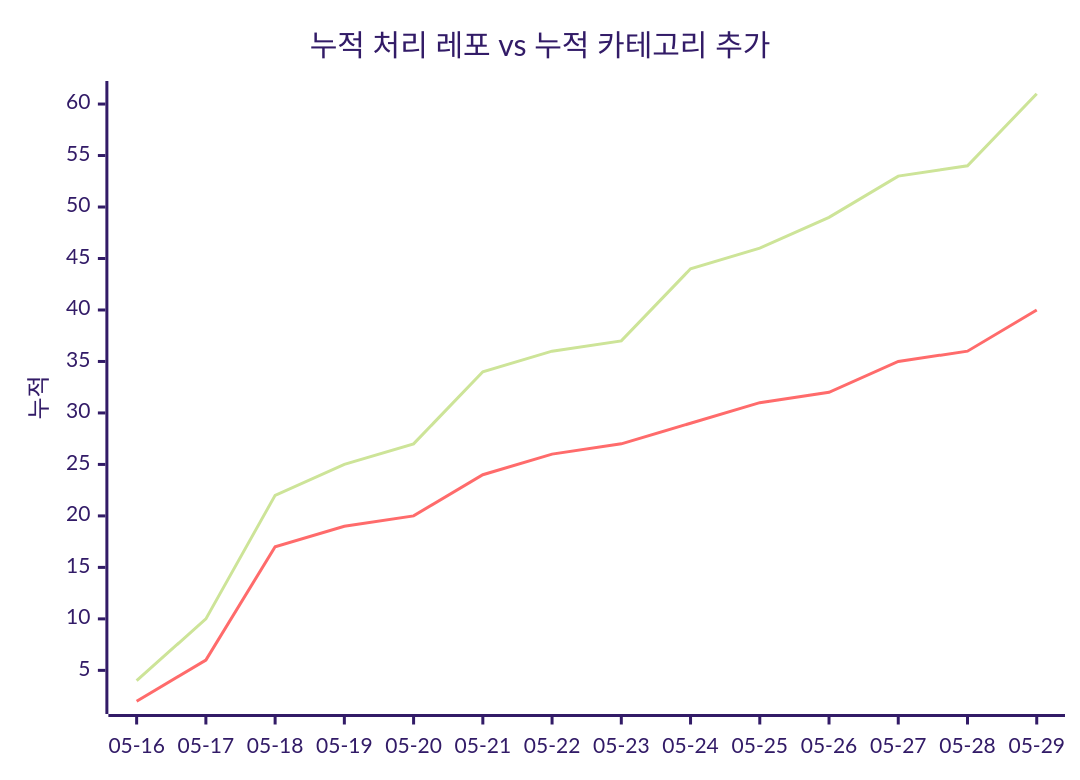
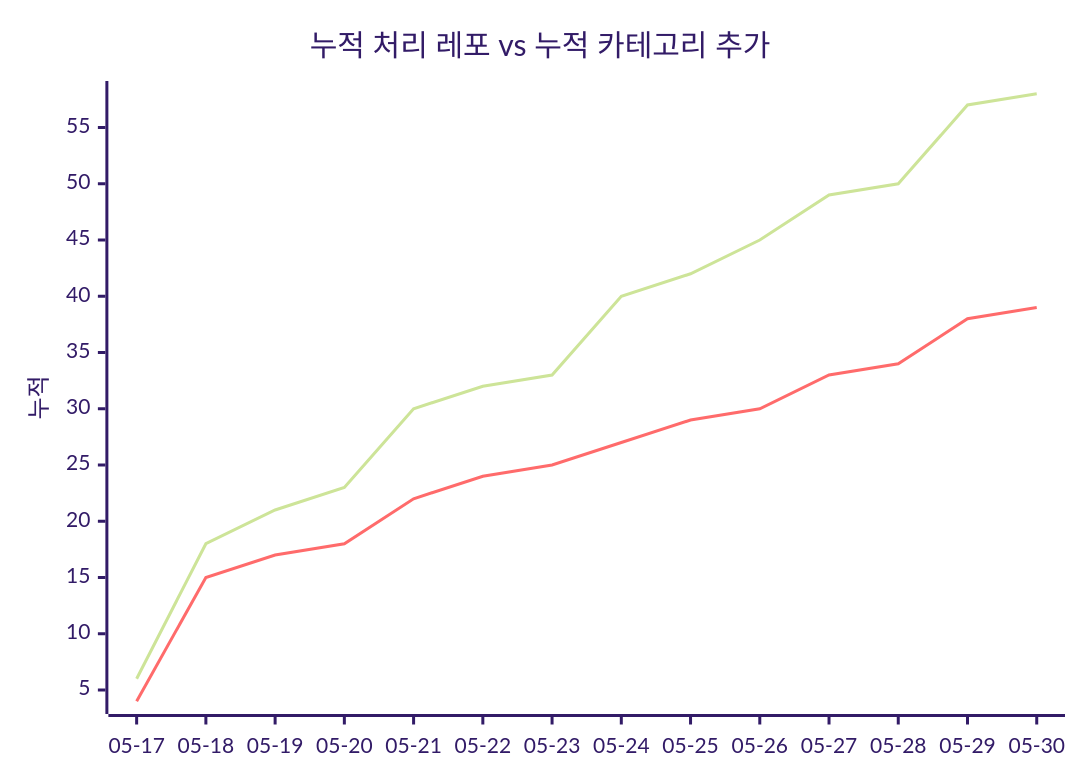
The second of 2 diagrams in docs/trends.md (J-nowcow/awesome-korean-agent-skills), drawn with Mermaid (forest theme) before and after one commit. The commit also changed other lines of this file and 4 other files, not shown here.

````diff
--- a/docs/trends.md
+++ b/docs/trends.md
@@ -68,8 +68,8 @@
 ```mermaid
 xychart-beta
     title "누적 처리 레포 vs 누적 카테고리 추가"
-    x-axis ["05-16","05-17","05-18","05-19","05-20","05-21","05-22","05-23","05-24","05-25","05-26","05-27","05-28","05-29"]
+    x-axis ["05-17","05-18","05-19","05-20","05-21","05-22","05-23","05-24","05-25","05-26","05-27","05-28","05-29","05-30"]
     y-axis "누적"
-    line [4,10,22,25,27,34,36,37,44,46,49,53,54,61]
-    line [2,6,17,19,20,24,26,27,29,31,32,35,36,40]
+    line [6,18,21,23,30,32,33,40,42,45,49,50,57,58]
+    line [4,15,17,18,22,24,25,27,29,30,33,34,38,39]
 ```
````
